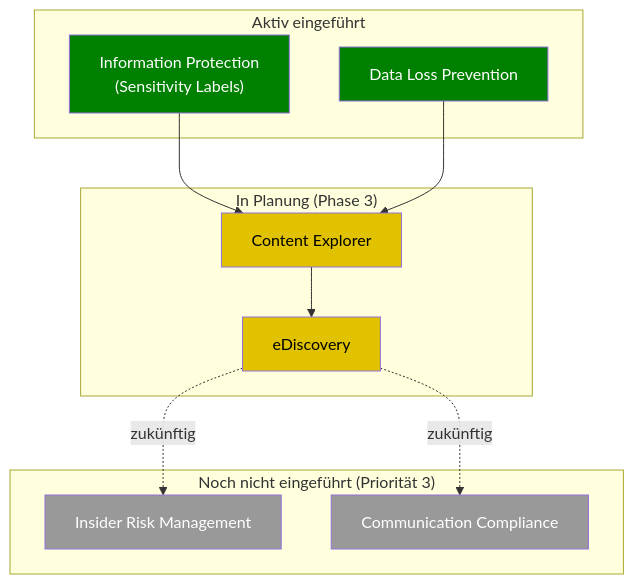
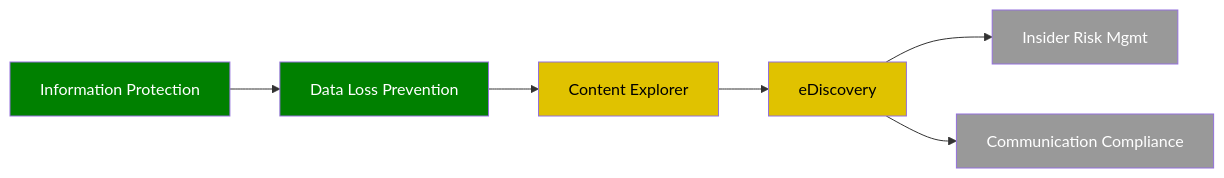
The tenth of 10 diagrams in Roadmap/Visualisierungen.md (WeissiEfficiency/Purview), drawn with Mermaid before and after one commit. The commit also changed other lines of this file, not shown here.

Commit message:
Roadmap: Visualisierungen ueberarbeitet - technische Fehler behoben, RACI als Tabelle, klarere Layouts

````diff
--- a/Roadmap/Visualisierungen.md
+++ b/Roadmap/Visualisierungen.md
@@ -249,30 +211,15 @@
 ```mermaid
-flowchart TD
-    subgraph Aktiv["Aktiv eingeführt"]
-        IP["Information Protection<br/>(Sensitivity Labels)"]
-        DLP["Data Loss Prevention"]
-    end
-
-    subgraph Geplant["In Planung (Phase 3)"]
-        CE["Content Explorer"]
-        ED["eDiscovery"]
-    end
-
-    subgraph NichtEingefuehrt["Noch nicht eingeführt (Priorität 3)"]
-        IRM["Insider Risk Management"]
-        CC["Communication Compliance"]
-    end
-
-    IP --> CE
-    DLP --> CE
-    CE --> ED
-    ED -.zukünftig.-> IRM
-    ED -.zukünftig.-> CC
+flowchart LR
+    IP["Information Protection"] --> DLP["Data Loss Prevention"]
+    DLP --> CE["Content Explorer"]
+    CE --> ED["eDiscovery"]
+    ED --> IRM["Insider Risk Mgmt"]
+    ED --> CC["Communication Compliance"]
 
     style IP fill:#008000,color:#fff
     style DLP fill:#008000,color:#fff
     style CE fill:#e0c200,color:#000
     style ED fill:#e0c200,color:#000
     style IRM fill:#999,color:#fff
     style CC fill:#999,color:#fff
 ```
````
